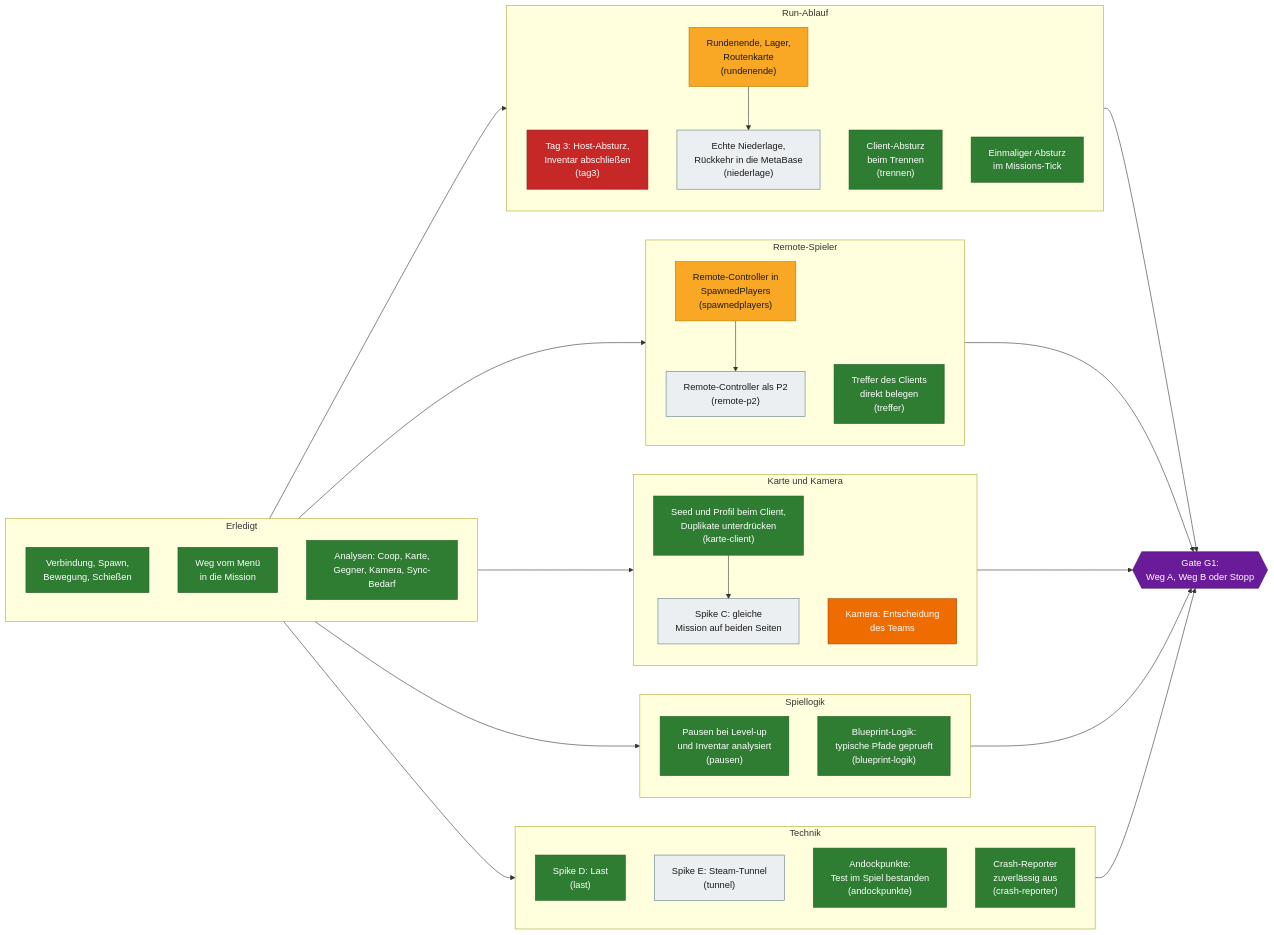
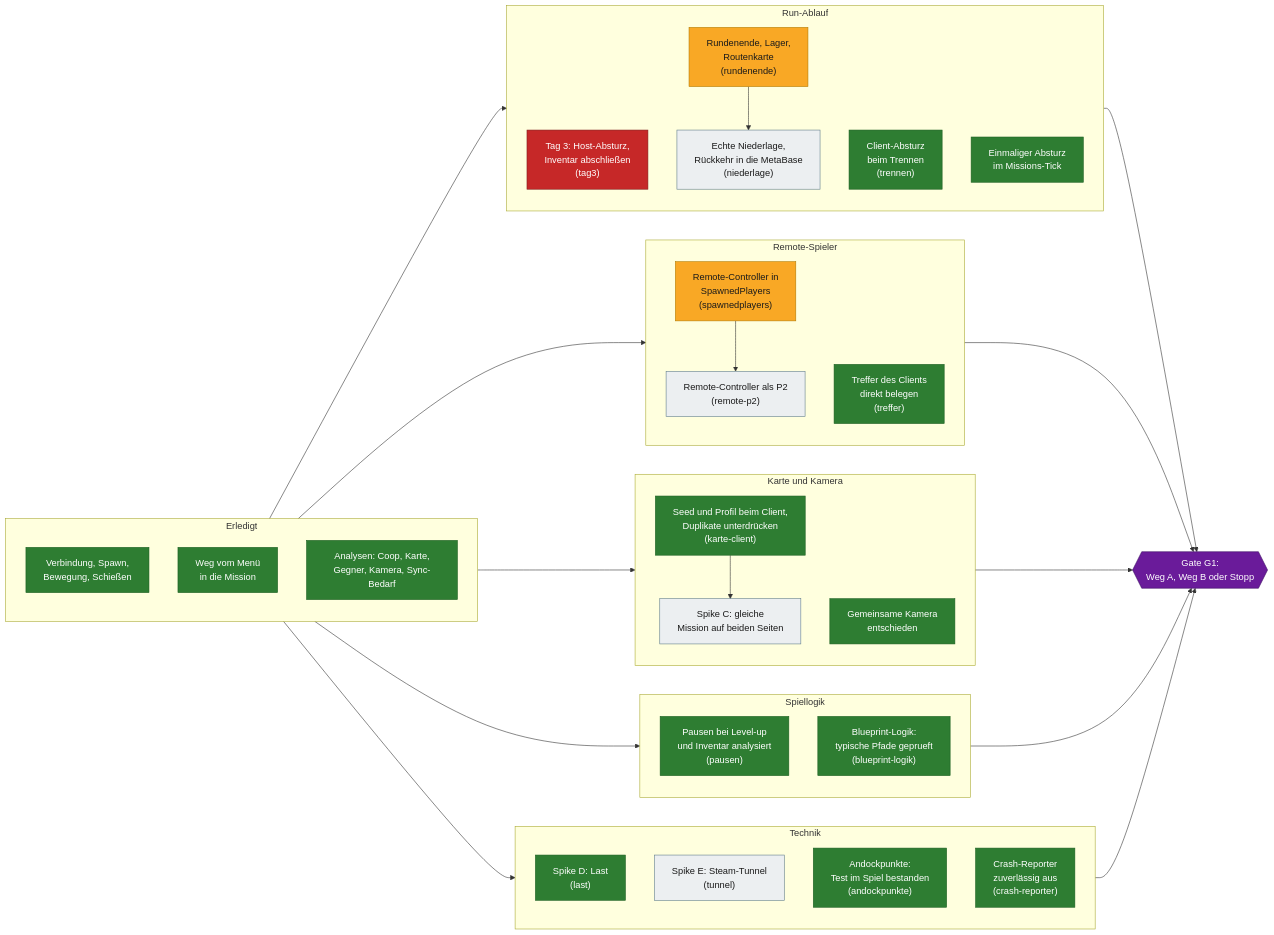
The second of 4 diagrams in docs/ROADMAP.md (VitaminStack/Deadly-Days-Roadtrip-Multiplayer-Mod), drawn with Mermaid before and after one commit. The commit also changed other lines of this file and 3 other files, not shown here.

````diff
--- a/docs/ROADMAP.md
+++ b/docs/ROADMAP.md
@@ -72,64 +72,64 @@
 ```mermaid
 flowchart LR
     subgraph BASIS["Erledigt"]
         A1["Verbindung, Spawn,<br/>Bewegung, Schießen"]:::done
         A2["Weg vom Menü<br/>in die Mission"]:::done
         A3["Analysen: Coop, Karte,<br/>Gegner, Kamera, Sync-Bedarf"]:::done
     end
 
     subgraph RUN["Run-Ablauf"]
         T3["Tag 3: Host-Absturz,<br/>Inventar abschließen<br/>(tag3)"]:::blocker
         RE["Rundenende, Lager,<br/>Routenkarte<br/>(rundenende)"]:::wip
         NI["Echte Niederlage,<br/>Rückkehr in die MetaBase<br/>(niederlage)"]:::open
         TR["Client-Absturz<br/>beim Trennen<br/>(trennen)"]:::done
         MT["Einmaliger Absturz<br/>im Missions-Tick"]:::done
         RE --> NI
     end
 
     subgraph SPIELER["Remote-Spieler"]
         SP["Remote-Controller in<br/>SpawnedPlayers<br/>(spawnedplayers)"]:::wip
         RP["Remote-Controller als P2<br/>(remote-p2)"]:::open
         TF["Treffer des Clients<br/>direkt belegen<br/>(treffer)"]:::done
         SP --> RP
     end
 
     subgraph WELT["Karte und Kamera"]
         KC["Seed und Profil beim Client,<br/>Duplikate unterdrücken<br/>(karte-client)"]:::done
         SC["Spike C: gleiche<br/>Mission auf beiden Seiten"]:::open
-        KE["Kamera: Entscheidung<br/>des Teams"]:::decision
+        KE["Gemeinsame Kamera<br/>entschieden"]:::done
         KC --> SC
     end
 
     subgraph LOGIK["Spiellogik"]
         PA["Pausen bei Level-up<br/>und Inventar analysiert<br/>(pausen)"]:::done
         BP["Blueprint-Logik:<br/>typische Pfade geprueft<br/>(blueprint-logik)"]:::done
     end
 
     subgraph TECHNIK["Technik"]
         LA["Spike D: Last<br/>(last)"]:::done
         TU["Spike E: Steam-Tunnel<br/>(tunnel)"]:::open
         AP["Andockpunkte:<br/>Test im Spiel bestanden<br/>(andockpunkte)"]:::done
         CR["Crash-Reporter<br/>zuverlässig aus<br/>(crash-reporter)"]:::done
     end
 
     BASIS --> RUN
     BASIS --> SPIELER
     BASIS --> WELT
     BASIS --> LOGIK
     BASIS --> TECHNIK
 
     RUN --> G1
     SPIELER --> G1
     WELT --> G1
     LOGIK --> G1
     TECHNIK --> G1
 
     G1{{"Gate G1:<br/>Weg A, Weg B oder Stopp"}}:::gate
 
     classDef done fill:#2e7d32,stroke:#1b5e20,color:#ffffff
     classDef wip fill:#f9a825,stroke:#b27a00,color:#1a1a1a
     classDef open fill:#eceff1,stroke:#607d8b,color:#1a1a1a
     classDef blocker fill:#c62828,stroke:#7f1d1d,color:#ffffff
     classDef decision fill:#ef6c00,stroke:#a34800,color:#ffffff
     classDef gate fill:#6a1b9a,stroke:#3e1163,color:#ffffff
 ```
````
